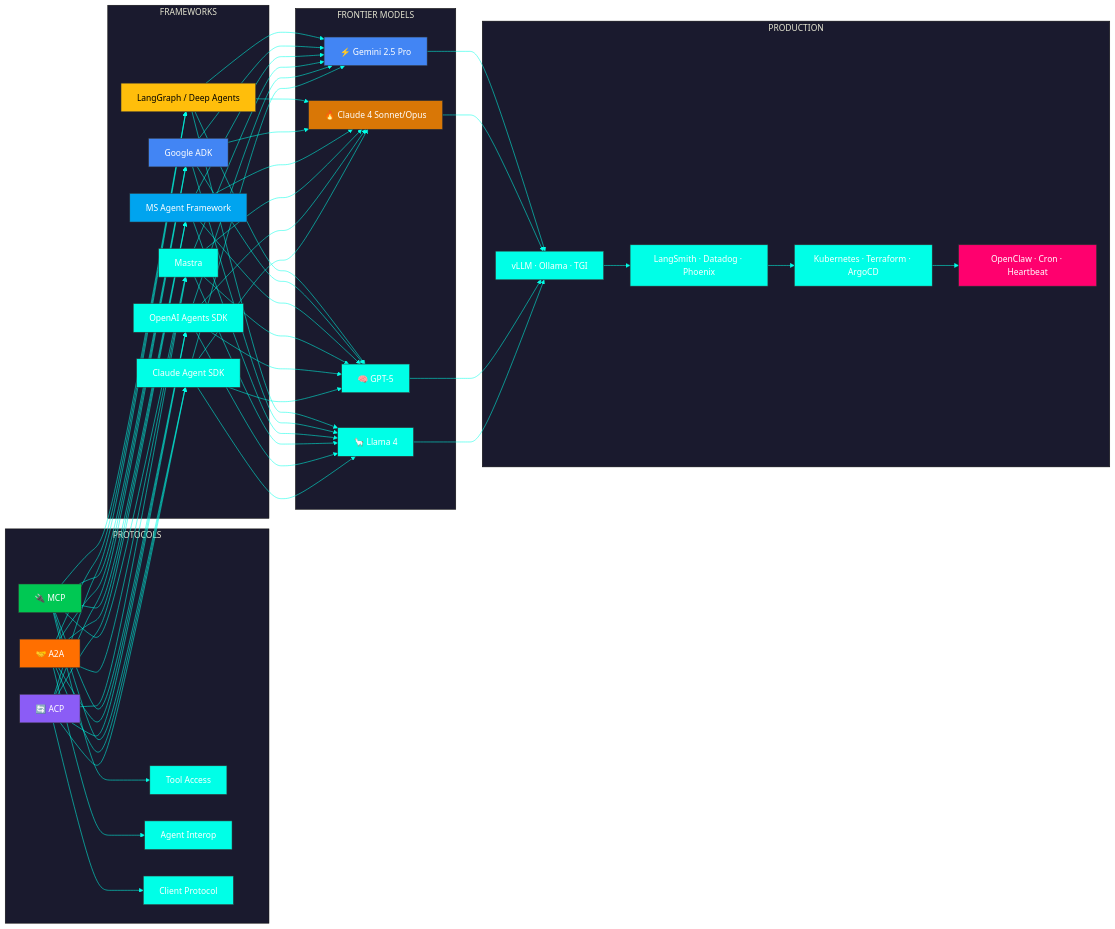
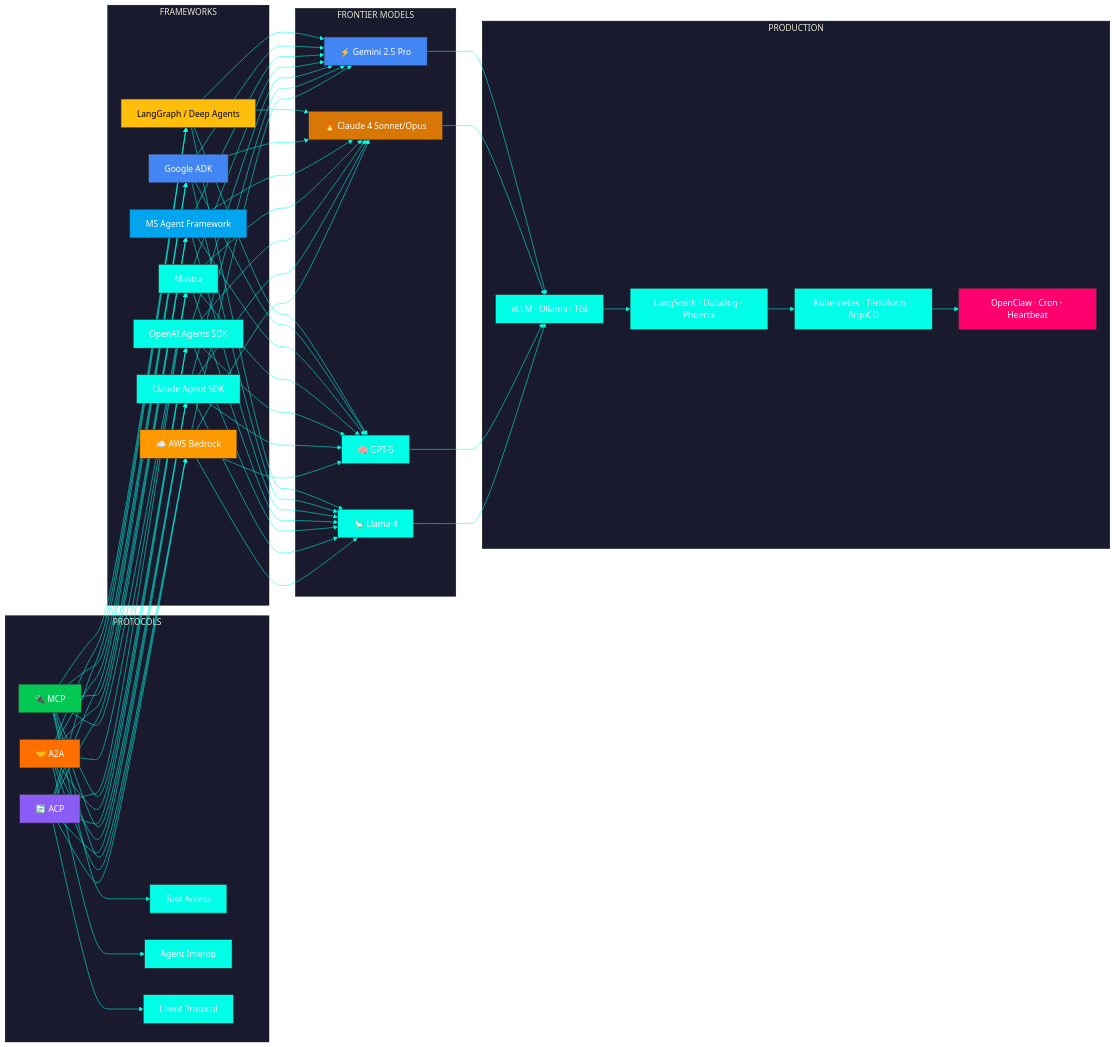
One commit to deb888/deb888 changed the second of 3 diagrams in README.md. Above: the diagram before and after it, drawn with Mermaid. The commit also changed other lines of this file and 1 other file, not shown here.

Commit message:
Add AWS Bedrock and AWS Serverless to competency matrix and profile

````diff
--- a/README.md
+++ b/README.md
@@ -179,44 +188,46 @@
 ```mermaid
 %%{init: {"theme": "base", "themeVariables": { "background": "#0D1117", "primaryColor": "#00FFE7", "primaryTextColor": "#fff", "primaryBorderColor": "#333", "lineColor": "#00FFE7", "secondaryColor": "#0a0a1a", "tertiaryColor": "#1a1a2e"}}}%%
 graph LR
     subgraph "PROTOCOLS"
         A["🔌 MCP"] --> B["Tool Access"]
         C["🤝 A2A"] --> D["Agent Interop"]
         E["🔄 ACP"] --> F["Client Protocol"]
     end
     subgraph "FRAMEWORKS"
         G["LangGraph / Deep Agents"]
         H["Google ADK"]
         I["MS Agent Framework"]
         J["Mastra"]
         K["OpenAI Agents SDK"]
         L["Claude Agent SDK"]
+        U["☁️ AWS Bedrock"]
     end
     subgraph "FRONTIER MODELS"
         M["⚡ Gemini 2.5 Pro"]
         N["🔥 Claude 4 Sonnet/Opus"]
         O["🧠 GPT-5"]
         P["🦙 Llama 4"]
     end
     subgraph "PRODUCTION"
         Q["vLLM · Ollama · TGI"]
         R["LangSmith · Datadog · Phoenix"]
         S["Kubernetes · Terraform · ArgoCD"]
         T["OpenClaw · Cron · Heartbeat"]
     end
-    A & C & E --> G & H & I & J & K & L
-    G & H & I & J & K & L --> M & N & O & P
+    A & C & E --> G & H & I & J & K & L & U
+    G & H & I & J & K & L & U --> M & N & O & P
     M & N & O & P --> Q
     Q --> R
     R --> S
     S --> T
     style A fill:#00C853,color:#fff
     style C fill:#FF6F00,color:#fff
     style E fill:#8B5CF6,color:#fff
     style G fill:#FFBE0B,color:#000
     style H fill:#4285F4,color:#fff
     style I fill:#00A4EF,color:#fff
     style M fill:#4285F4,color:#fff
     style N fill:#D97706,color:#fff
     style T fill:#FF006E,color:#fff
+    style U fill:#FF9900,color:#fff
 ```
````
